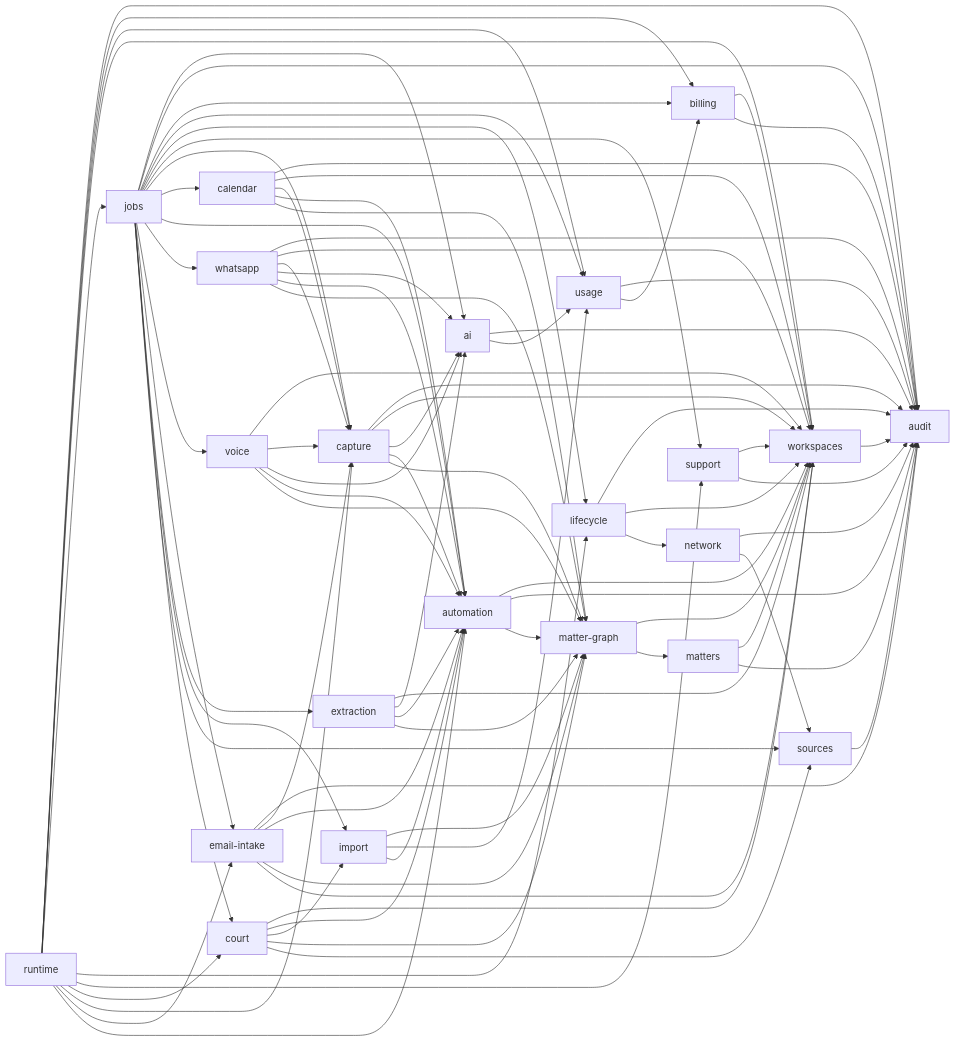
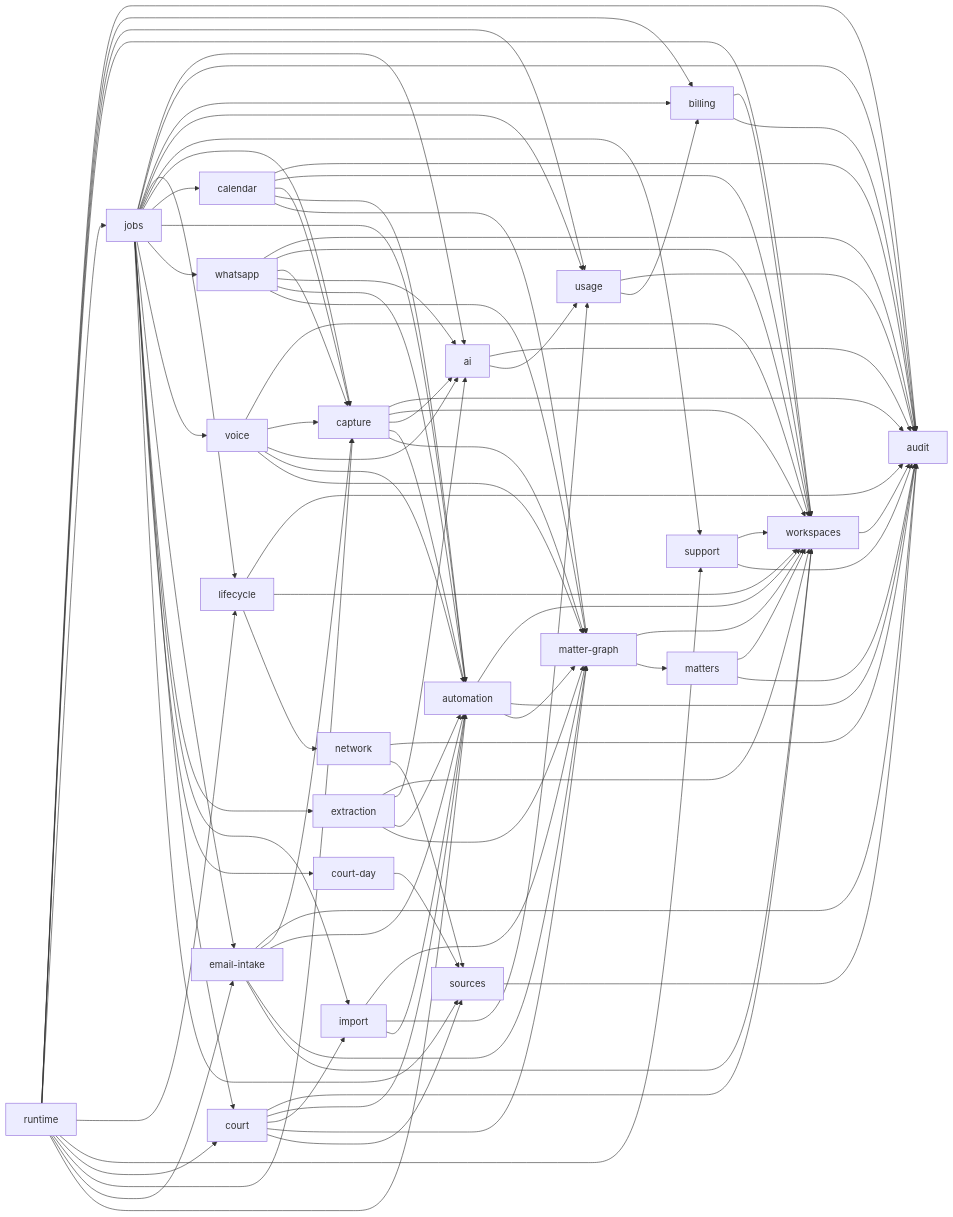
The diagram in docs/engineering/core-domains.md (RapierCraftStudios/causedeck), drawn with Mermaid before and after one commit. The commit also changed other lines of this file and 29 other files, not shown here.

Commit message:
feat(court-day): board poll job, live halls, call-time estimate tests, i18n and registrations (#493)

```diff
--- a/docs/engineering/core-domains.md
+++ b/docs/engineering/core-domains.md
@@ -77,6 +78,7 @@
   court --> import
   court --> matter-graph
   court --> sources
+  court-day --> sources
   matter-graph --> workspaces
   matter-graph --> matters
   automation --> workspaces
@@ -124,6 +126,7 @@
   jobs --> extraction
   jobs --> import
   jobs --> court
+  jobs --> court-day
   jobs --> sources
   calendar --> audit
   calendar --> workspaces
```
